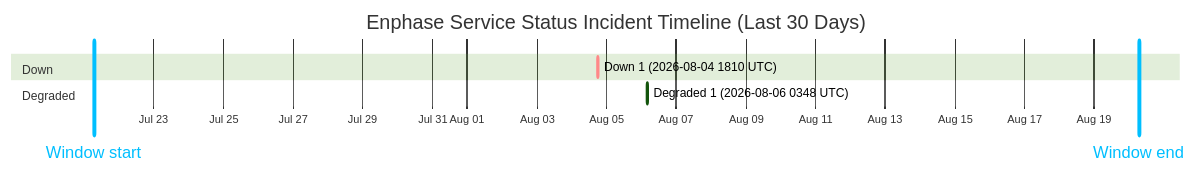
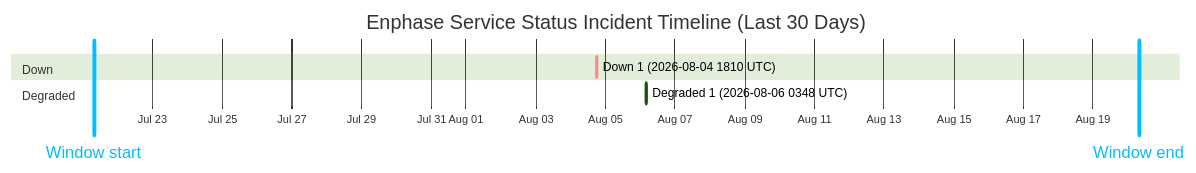
One commit to barneyonline/ha-enphase-energy changed the diagram in wiki/Service-Status-History.md. Above: the diagram before and after it, drawn with Mermaid (forest theme). The commit also changed other lines of this file and 3 other files, not shown here.

````diff
--- a/wiki/Service-Status-History.md
+++ b/wiki/Service-Status-History.md
@@ -14,12 +14,12 @@
 ```mermaid
 gantt
     title Enphase Service Status Incident Timeline (Last 30 Days)
     dateFormat  YYYY-MM-DDTHH:mm:ss
     axisFormat  %b %d
-    Window start :vert, window-start, 2026-07-21T06:56:38, 0ms
-    Window end :vert, window-end, 2026-08-20T06:56:38, 0ms
+    Window start :vert, window-start, 2026-07-21T07:41:52, 0ms
+    Window end :vert, window-end, 2026-08-20T07:41:52, 0ms
     section Down
     Down 1 (2026-08-04 1810 UTC) :crit, down-1, 2026-08-04T18:10:46, 60m
     section Degraded
     Degraded 1 (2026-08-06 0348 UTC) :active, degraded-1, 2026-08-06T03:48:14, 60m
 ```
````
